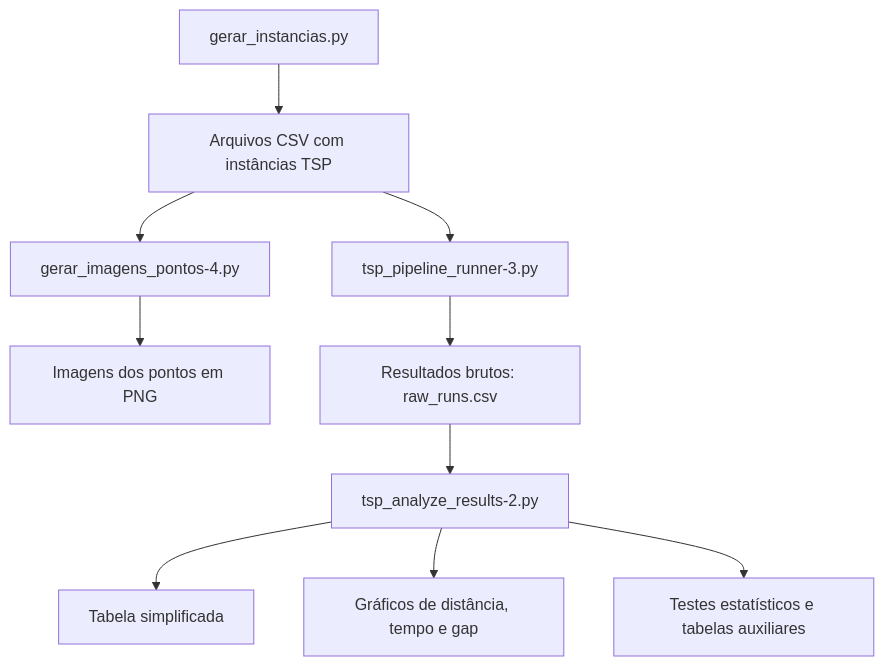
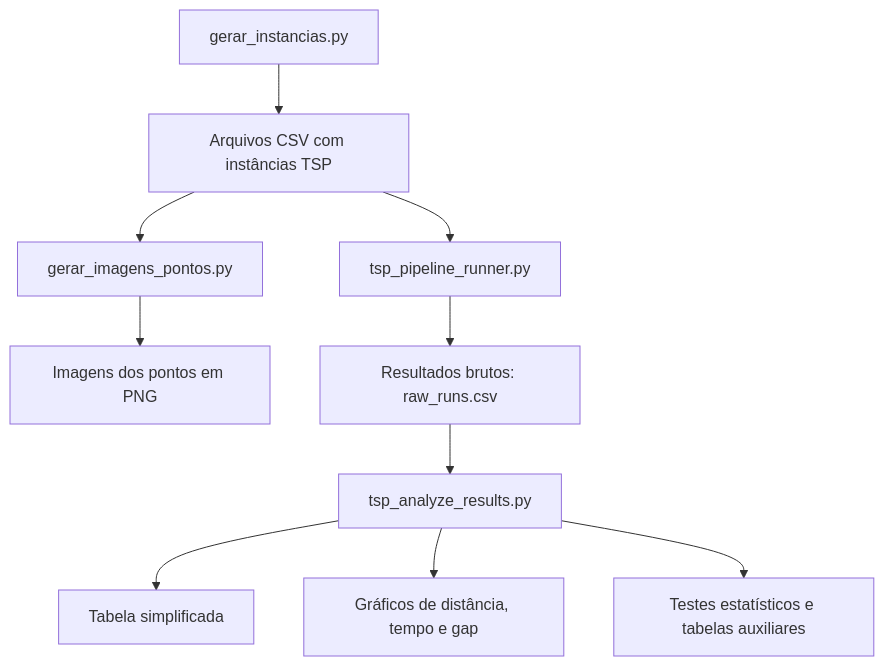
One commit to maya-gc/Traveling-Salesman-Problem changed the first of 8 diagrams in README.md. Above: the diagram before and after it, drawn with Mermaid. The commit also changed other lines of this file, not shown here.

````diff
--- a/README.md
+++ b/README.md
@@ -30,12 +30,12 @@
 ```mermaid
 flowchart TD
     A[gerar_instancias.py] --> B[Arquivos CSV com instâncias TSP]
-    B --> C[gerar_imagens_pontos-4.py]
-    B --> D[tsp_pipeline_runner-3.py]
+    B --> C[gerar_imagens_pontos.py]
+    B --> D[tsp_pipeline_runner.py]
     C --> E[Imagens dos pontos em PNG]
     D --> F[Resultados brutos: raw_runs.csv]
-    F --> G[tsp_analyze_results-2.py]
+    F --> G[tsp_analyze_results.py]
     G --> H[Tabela simplificada]
     G --> I[Gráficos de distância, tempo e gap]
     G --> J[Testes estatísticos e tabelas auxiliares]
 ```
````
